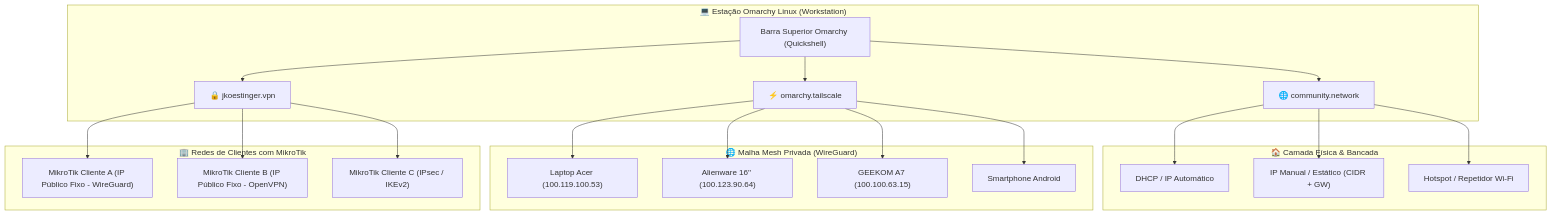
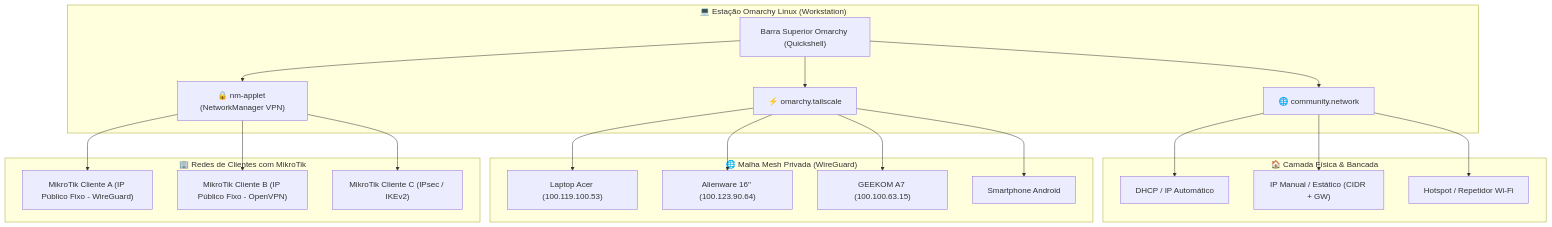
One commit to brncesarms/redes changed the diagram in 04_vpn_tailscale/01_arquitetura_tailscale_vpn_mikrotik.md. Above: the diagram before and after it, drawn with Mermaid. The commit also changed other lines of this file, not shown here.

Commit message:
docs: substituir plugin jkoestinger pelo ecossistema gráfico oficial nm-applet

````diff
--- a/04_vpn_tailscale/01_arquitetura_tailscale_vpn_mikrotik.md
+++ b/04_vpn_tailscale/01_arquitetura_tailscale_vpn_mikrotik.md
@@ -28,38 +28,38 @@
 ```mermaid
 flowchart TD
     subgraph Workstation["💻 Estação Omarchy Linux (Workstation)"]
         Bar["Barra Superior Omarchy (Quickshell)"]
         
         W1["🌐 community.network"]
         W2["⚡ omarchy.tailscale"]
-        W3["🔒 jkoestinger.vpn"]
+        W3["🔒 nm-applet (NetworkManager VPN)"]
         
         Bar --> W1
         Bar --> W2
         Bar --> W3
     end
 
     subgraph RedeLocal["🏠 Camada Física & Bancada"]
         DHCP["DHCP / IP Automático"]
         Static["IP Manual / Estático (CIDR + GW)"]
         Hotspot["Hotspot / Repetidor Wi-Fi"]
         W1 --> DHCP
         W1 --> Static
         W1 --> Hotspot
     end
 
     subgraph Mesh["🌐 Malha Mesh Privada (WireGuard)"]
         N1["Laptop Acer (100.119.100.53)"]
         N2["Alienware 16'' (100.123.90.64)"]
         N3["GEEKOM A7 (100.100.63.15)"]
         Phone["Smartphone Android"]
         W2 --> N1 & N2 & N3 & Phone
     end
 
     subgraph Clientes["🏢 Redes de Clientes com MikroTik"]
         MK1["MikroTik Cliente A (IP Público Fixo - WireGuard)"]
         MK2["MikroTik Cliente B (IP Público Fixo - OpenVPN)"]
         MK3["MikroTik Cliente C (IPsec / IKEv2)"]
         W3 --> MK1 & MK2 & MK3
     end
 ```
````
